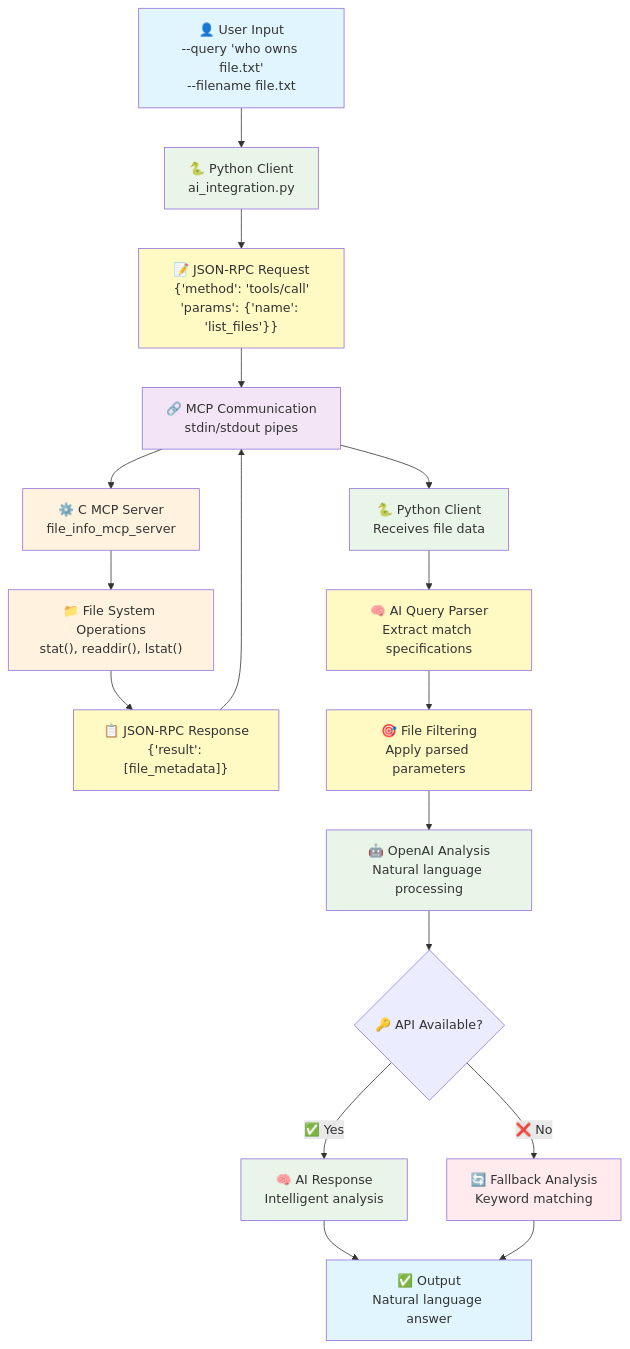
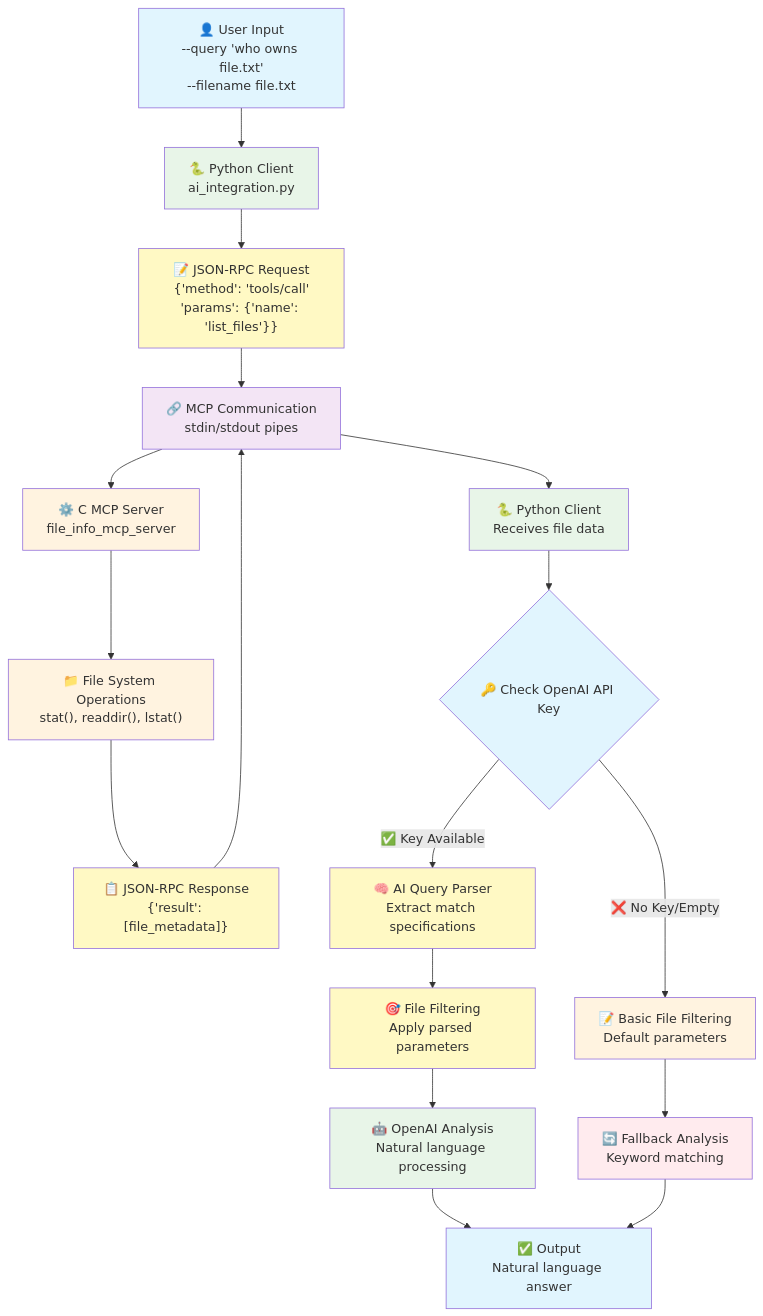
Before and after one commit to engmohamedsalah/FileSavantAI: the second of 2 diagrams in README.md, drawn with Mermaid. The commit also changed other lines of this file and 1 other file, not shown here.

````diff
--- a/README.md
+++ b/README.md
@@ -508,46 +506,47 @@
 ```mermaid
 graph TD
     A["👤 User Input<br/>--query 'who owns file.txt'<br/>--filename file.txt"] --> B["🐍 Python Client<br/>ai_integration.py"]
     
     B --> C["📝 JSON-RPC Request<br/>{'method': 'tools/call'<br/>'params': {'name': 'list_files'}}"]
     
     C --> D["🔗 MCP Communication<br/>stdin/stdout pipes"]
     
     D --> E["⚙️ C MCP Server<br/>file_info_mcp_server"]
     
     E --> F["📁 File System Operations<br/>stat(), readdir(), lstat()"]
     
     F --> G["📋 JSON-RPC Response<br/>{'result': [file_metadata]}"]
     
     G --> D
     D --> H["🐍 Python Client<br/>Receives file data"]
     
-    H --> I["🧠 AI Query Parser<br/>Extract match specifications"]
+    H --> I{"🔑 Check OpenAI API Key"}
     
-    I --> J["🎯 File Filtering<br/>Apply parsed parameters"]
+    I -->|"✅ Key Available"| J["🧠 AI Query Parser<br/>Extract match specifications"]
+    I -->|"❌ No Key/Empty"| K["📝 Basic File Filtering<br/>Default parameters"]
     
-    J --> K["🤖 OpenAI Analysis<br/>Natural language processing"]
+    J --> L["🎯 File Filtering<br/>Apply parsed parameters"]
     
-    K --> L{"🔑 API Available?"}
+    L --> M["🤖 OpenAI Analysis<br/>Natural language processing"]
     
-    L -->|"✅ Yes"| M["🧠 AI Response<br/>Intelligent analysis"]
-    L -->|"❌ No"| N["🔄 Fallback Analysis<br/>Keyword matching"]
+    K --> N["🔄 Fallback Analysis<br/>Keyword matching"]
     
     M --> O["✅ Output<br/>Natural language answer"]
     N --> O
     
     style A fill:#e1f5fe
     style B fill:#e8f5e8
     style C fill:#fff9c4
     style D fill:#f3e5f5
     style E fill:#fff3e0
     style F fill:#fff3e0
     style G fill:#fff9c4
     style H fill:#e8f5e8
-    style I fill:#fff9c4
+    style I fill:#e1f5fe
     style J fill:#fff9c4
-    style K fill:#e8f5e8
+    style K fill:#fff3e0
+    style L fill:#fff9c4
     style M fill:#e8f5e8
     style N fill:#ffebee
     style O fill:#e1f5fe
 ```
````
